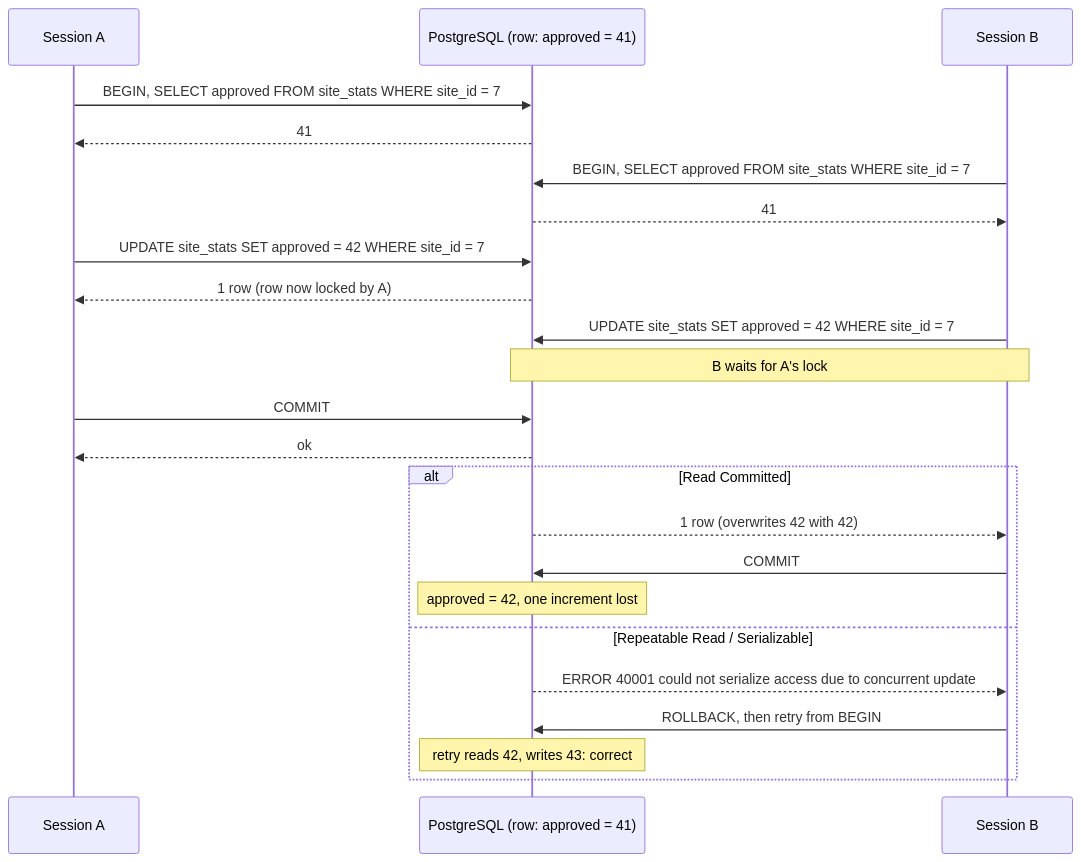
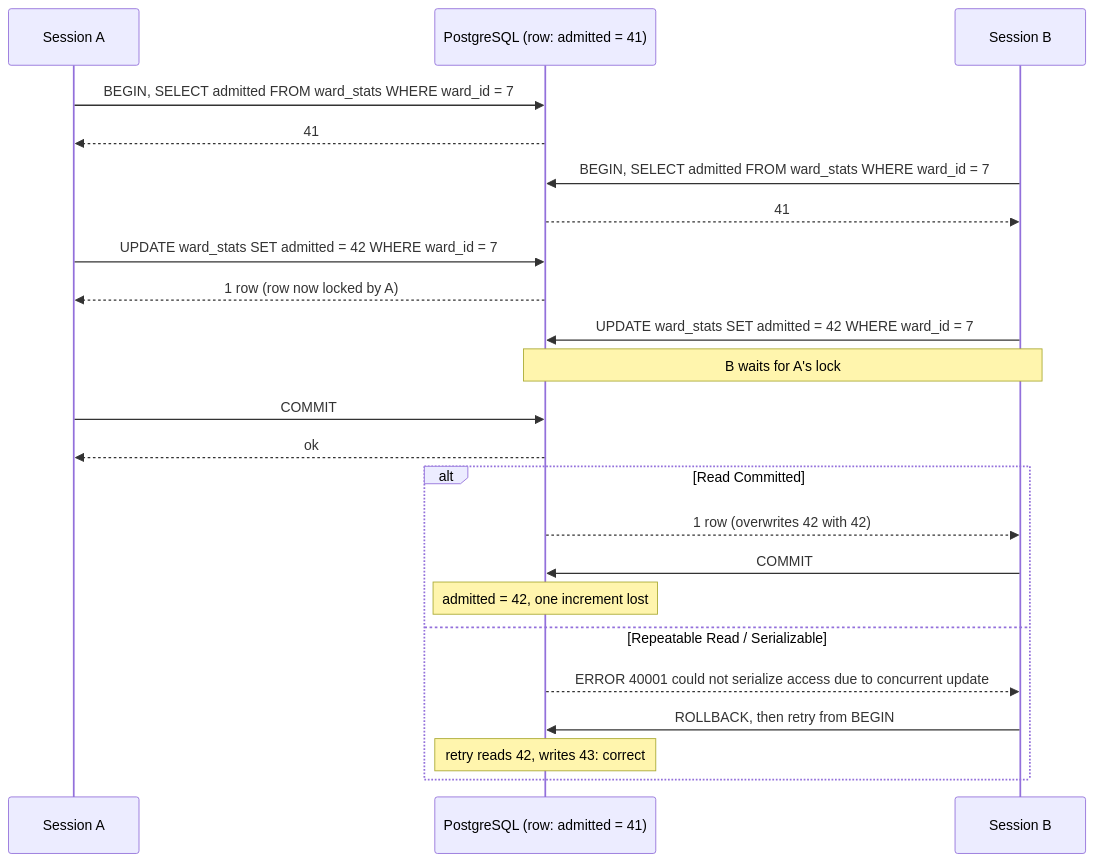
The first of 3 diagrams in content/lessons/m09/m09-isolation-levels.md (rizwi0786/system-design-lab), drawn with Mermaid before and after one commit. The commit also changed other lines of this file and 334 other files, not shown here.

````diff
--- a/content/lessons/m09/m09-isolation-levels.md
+++ b/content/lessons/m09/m09-isolation-levels.md
@@ -134,25 +134,25 @@
 ```mermaid
 sequenceDiagram
     participant A as Session A
-    participant DB as PostgreSQL (row: approved = 41)
+    participant DB as PostgreSQL (row: admitted = 41)
     participant B as Session B
-    A->>DB: BEGIN, SELECT approved FROM site_stats WHERE site_id = 7
+    A->>DB: BEGIN, SELECT admitted FROM ward_stats WHERE ward_id = 7
     DB-->>A: 41
-    B->>DB: BEGIN, SELECT approved FROM site_stats WHERE site_id = 7
+    B->>DB: BEGIN, SELECT admitted FROM ward_stats WHERE ward_id = 7
     DB-->>B: 41
-    A->>DB: UPDATE site_stats SET approved = 42 WHERE site_id = 7
+    A->>DB: UPDATE ward_stats SET admitted = 42 WHERE ward_id = 7
     DB-->>A: 1 row (row now locked by A)
-    B->>DB: UPDATE site_stats SET approved = 42 WHERE site_id = 7
+    B->>DB: UPDATE ward_stats SET admitted = 42 WHERE ward_id = 7
     Note over B,DB: B waits for A's lock
     A->>DB: COMMIT
     DB-->>A: ok
     alt Read Committed
         DB-->>B: 1 row (overwrites 42 with 42)
         B->>DB: COMMIT
-        Note over DB: approved = 42, one increment lost
+        Note over DB: admitted = 42, one increment lost
     else Repeatable Read / Serializable
         DB-->>B: ERROR 40001 could not serialize access due to concurrent update
         B->>DB: ROLLBACK, then retry from BEGIN
         Note over DB: retry reads 42, writes 43: correct
     end
 ```
````
